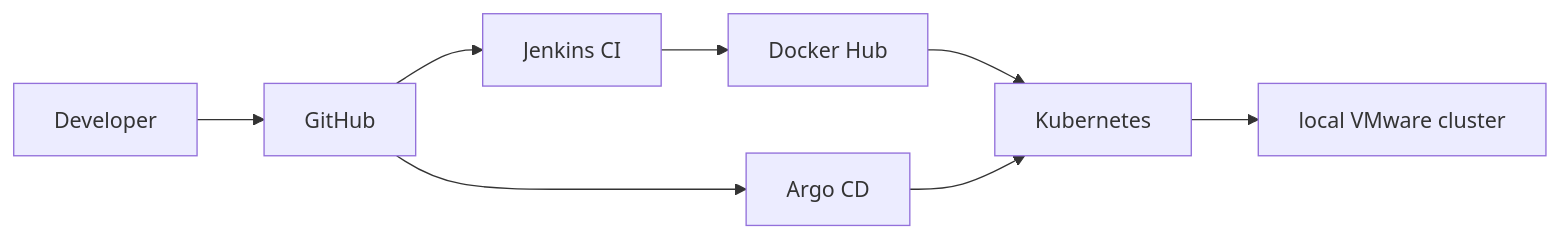
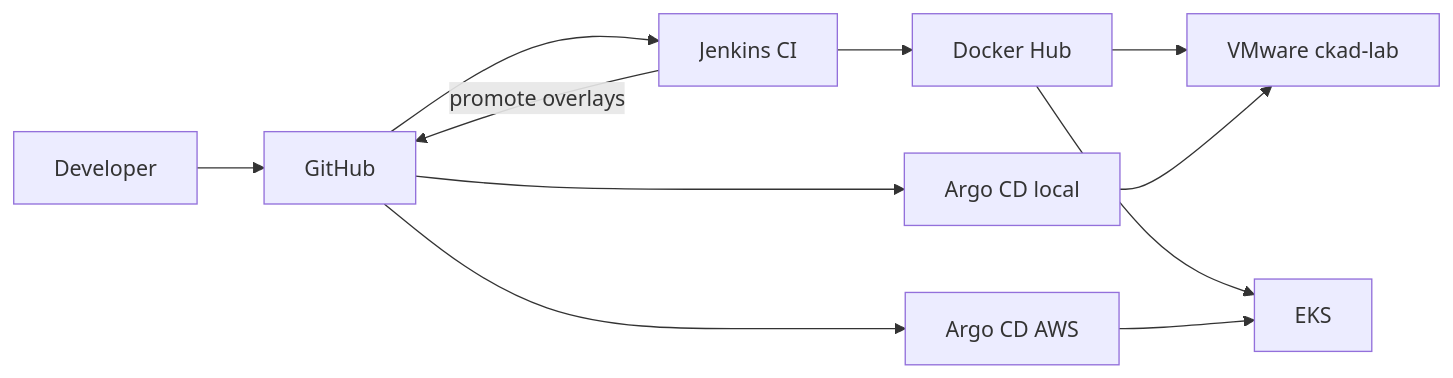
The diagram in README.md (kirandevraaj/kubernetes-platform-engineering-gitops), drawn with Mermaid before and after one commit. The commit also changed other lines of this file and 4 other files, not shown here.

````diff
--- a/README.md
+++ b/README.md
@@ -36,18 +31,22 @@
 ```mermaid
 flowchart LR
   developer[Developer]
   github[GitHub]
   jenkins[Jenkins CI]
   hub[Docker Hub]
-  argocd[Argo CD]
-  k8s[Kubernetes]
-  vmware[local VMware cluster]
+  argocdLocal[Argo CD local]
+  argocdAws[Argo CD AWS]
+  vmware[VMware ckad-lab]
+  eks[EKS]
 
   developer --> github
   github --> jenkins
   jenkins --> hub
-  github --> argocd
-  hub --> k8s
-  argocd --> k8s
-  k8s --> vmware
+  jenkins -->|promote overlays| github
+  github --> argocdLocal
+  github --> argocdAws
+  hub --> vmware
+  hub --> eks
+  argocdLocal --> vmware
+  argocdAws --> eks
 ```
````
